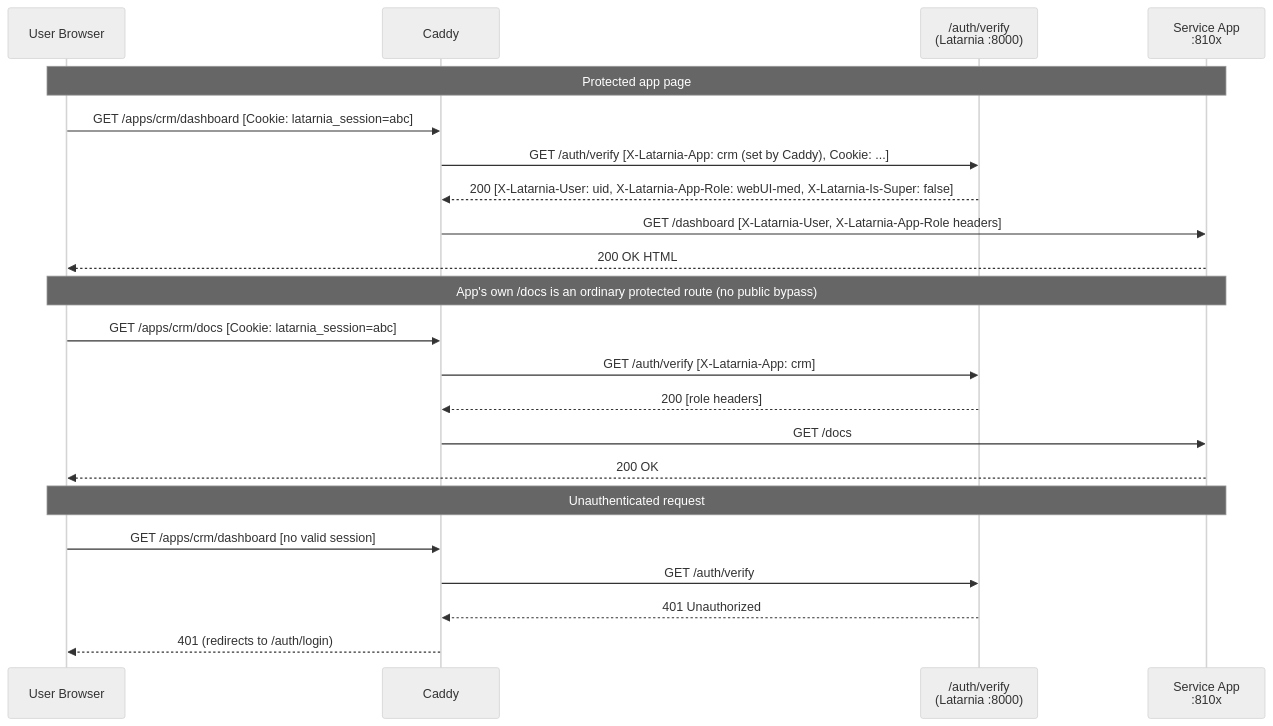
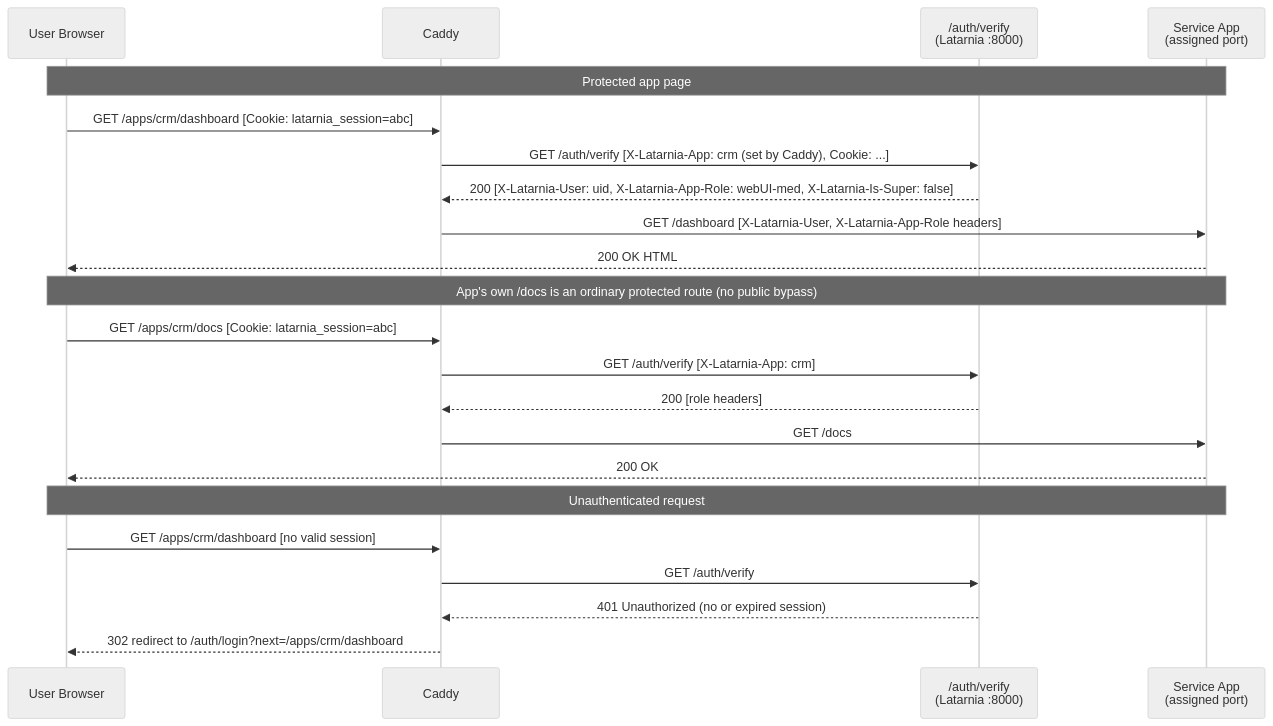
Before and after one commit to felipe-stanham/Latarnia: diagram 13 of 16 in docs/System/workflows.md, drawn with Mermaid (neutral theme). The commit also changed other lines of this file and 10 other files, not shown here.

````diff
--- a/docs/System/workflows.md
+++ b/docs/System/workflows.md
@@ -513,30 +530,30 @@
 ```mermaid
 sequenceDiagram
     participant Browser as User Browser
     participant C as Caddy
     participant AV as /auth/verify<br/>(Latarnia :8000)
-    participant App as Service App<br/>:810x
+    participant App as Service App<br/>(assigned port)
 
     Note over Browser,App: Protected app page
 
     Browser->>C: GET /apps/crm/dashboard [Cookie: latarnia_session=abc]
     C->>AV: GET /auth/verify [X-Latarnia-App: crm (set by Caddy), Cookie: ...]
     AV-->>C: 200 [X-Latarnia-User: uid, X-Latarnia-App-Role: webUI-med, X-Latarnia-Is-Super: false]
     C->>App: GET /dashboard [X-Latarnia-User, X-Latarnia-App-Role headers]
     App-->>Browser: 200 OK HTML
 
     Note over Browser,App: App's own /docs is an ordinary protected route (no public bypass)
 
     Browser->>C: GET /apps/crm/docs [Cookie: latarnia_session=abc]
     C->>AV: GET /auth/verify [X-Latarnia-App: crm]
     AV-->>C: 200 [role headers]
     C->>App: GET /docs
     App-->>Browser: 200 OK
 
     Note over Browser,App: Unauthenticated request
 
     Browser->>C: GET /apps/crm/dashboard [no valid session]
     C->>AV: GET /auth/verify
-    AV-->>C: 401 Unauthorized
-    C-->>Browser: 401 (redirects to /auth/login)
+    AV-->>C: 401 Unauthorized (no or expired session)
+    C-->>Browser: 302 redirect to /auth/login?next=/apps/crm/dashboard
 ```
````
